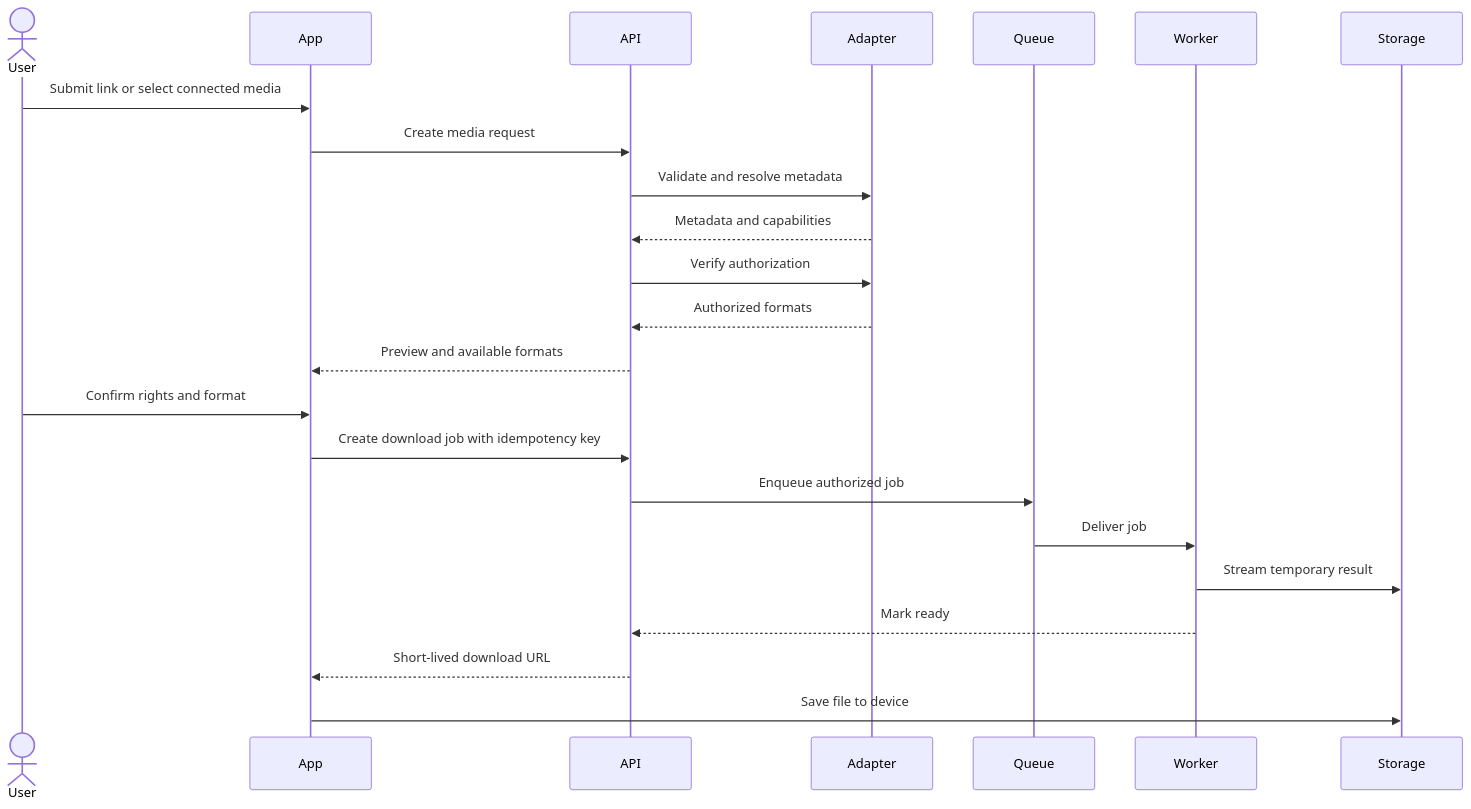
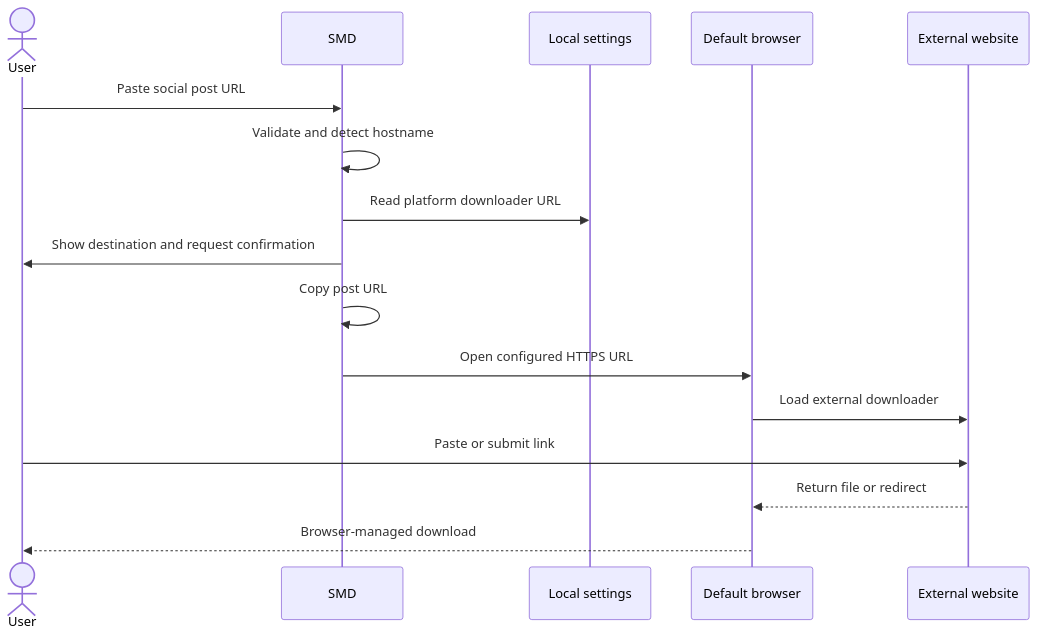
Before and after one commit to wllun/SMD-SocialMediaDownloader: the diagram in docs/ARCHITECTURE.md, drawn with Mermaid. The commit also changed other lines of this file and 24 other files, not shown here.

````diff
--- a/docs/ARCHITECTURE.md
+++ b/docs/ARCHITECTURE.md
@@ -110,26 +31,18 @@
-```mermaid
+~~~mermaid
 sequenceDiagram
     actor User
-    participant App
-    participant API
-    participant Adapter
-    participant Queue
-    participant Worker
-    participant Storage
-
-    User->>App: Submit link or select connected media
-    App->>API: Create media request
-    API->>Adapter: Validate and resolve metadata
-    Adapter-->>API: Metadata and capabilities
-    API->>Adapter: Verify authorization
-    Adapter-->>API: Authorized formats
-    API-->>App: Preview and available formats
-    User->>App: Confirm rights and format
-    App->>API: Create download job with idempotency key
-    API->>Queue: Enqueue authorized job
-    Queue->>Worker: Deliver job
-    Worker->>Storage: Stream temporary result
-    Worker-->>API: Mark ready
-    API-->>App: Short-lived download URL
-    App->>Storage: Save file to device
-```
+    participant App as SMD
+    participant Store as Local settings
+    participant Browser as Default browser
+    participant Site as External website
+    User->>App: Paste social post URL
+    App->>App: Validate and detect hostname
+    App->>Store: Read platform downloader URL
+    App->>User: Show destination and request confirmation
+    App->>App: Copy post URL
+    App->>Browser: Open configured HTTPS URL
+    Browser->>Site: Load external downloader
+    User->>Site: Paste or submit link
+    Site-->>Browser: Return file or redirect
+    Browser-->>User: Browser-managed download
+~~~
````
